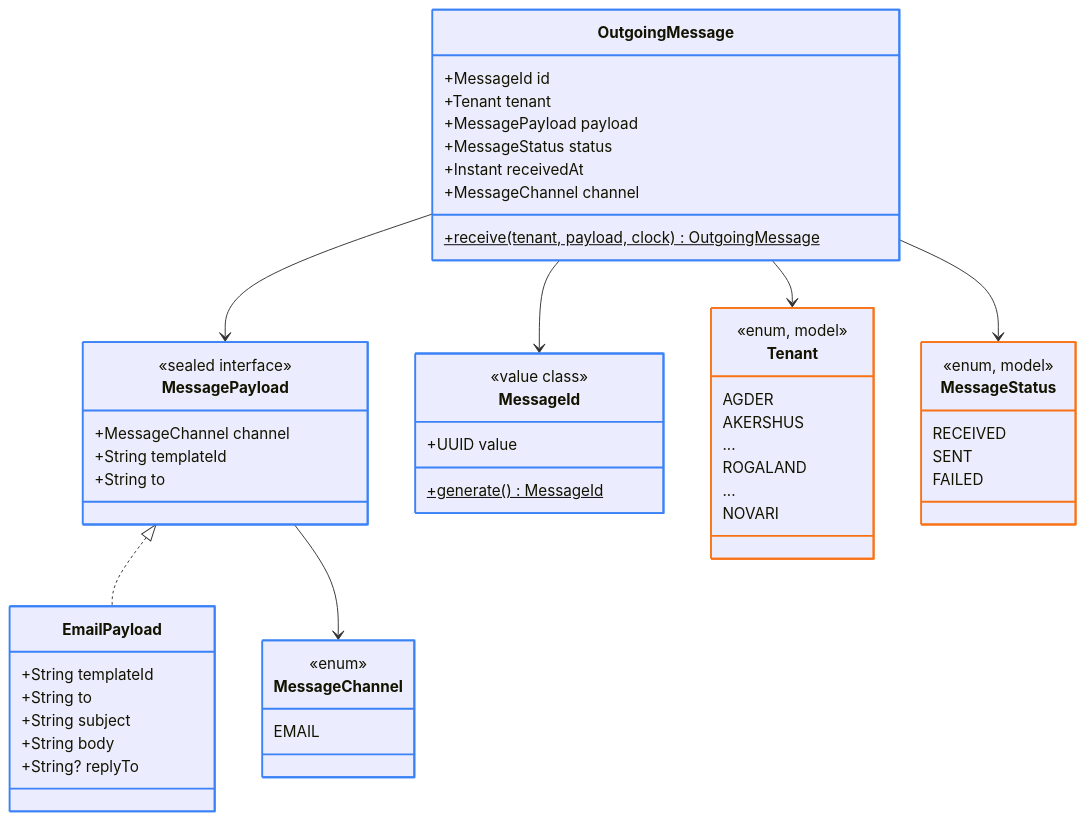
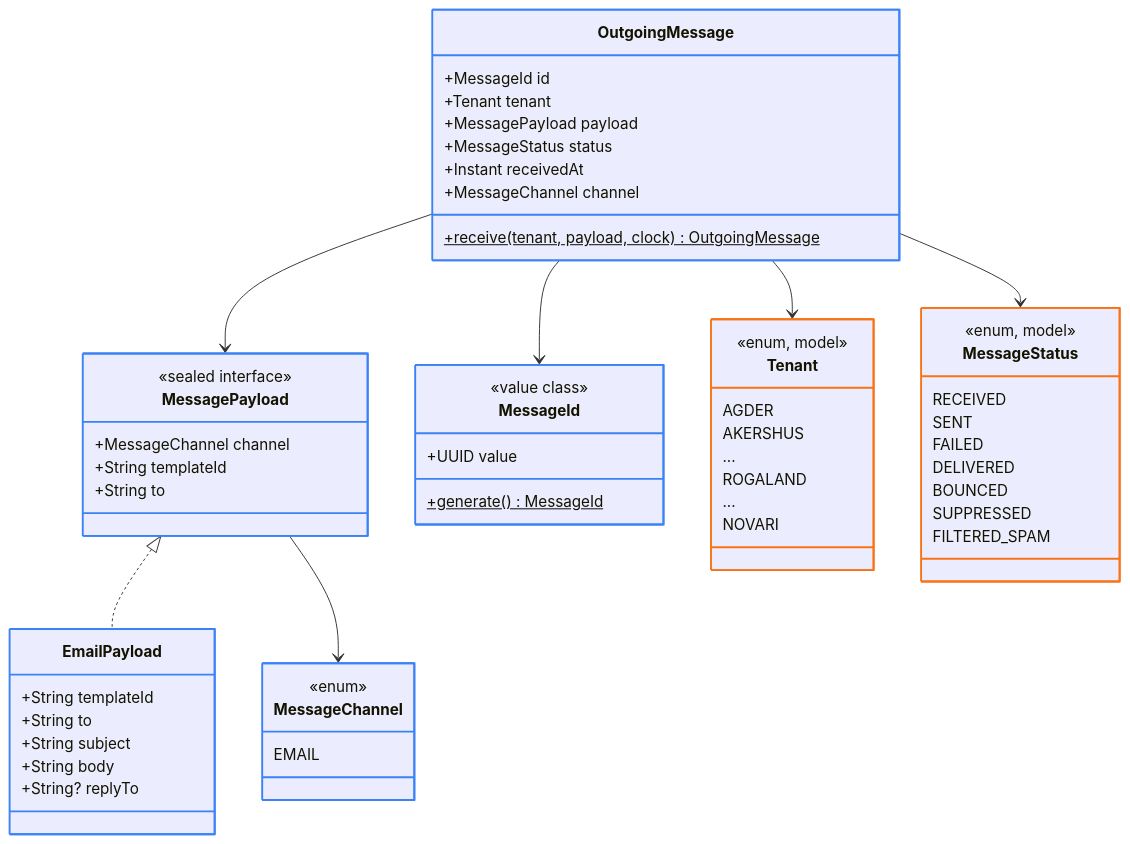
One commit to FINTLabs/fint-communication-service changed the fourth of 17 diagrams in docs/architecture.md. Above: the diagram before and after it, drawn with Mermaid. The commit also changed other lines of this file and 43 other files, not shown here.

````diff
--- a/docs/architecture.md
+++ b/docs/architecture.md
@@ -298,64 +341,68 @@
 ```mermaid
 classDiagram
     class OutgoingMessage {
         +MessageId id
         +Tenant tenant
         +MessagePayload payload
         +MessageStatus status
         +Instant receivedAt
         +MessageChannel channel
         +receive(tenant, payload, clock)$ OutgoingMessage
     }
     class MessagePayload {
         <<sealed interface>>
         +MessageChannel channel
         +String templateId
         +String to
     }
     class EmailPayload {
         +String templateId
         +String to
         +String subject
         +String body
         +String? replyTo
     }
     class MessageId {
         <<value class>>
         +UUID value
         +generate()$ MessageId
     }
     class Tenant {
         <<enum, model>>
         AGDER
         AKERSHUS
         ...
         ROGALAND
         ...
         NOVARI
     }
     class MessageStatus {
         <<enum, model>>
         RECEIVED
         SENT
         FAILED
+        DELIVERED
+        BOUNCED
+        SUPPRESSED
+        FILTERED_SPAM
     }
     class MessageChannel {
         <<enum>>
         EMAIL
     }
 
     OutgoingMessage --> MessageId
     OutgoingMessage --> Tenant
     OutgoingMessage --> MessagePayload
     OutgoingMessage --> MessageStatus
     MessagePayload <|.. EmailPayload
     MessagePayload --> MessageChannel
 
     style OutgoingMessage stroke:#3B82F6,stroke-width:2px
     style MessagePayload stroke:#3B82F6,stroke-width:2px
     style EmailPayload stroke:#3B82F6,stroke-width:2px
     style MessageId stroke:#3B82F6,stroke-width:2px
     style MessageChannel stroke:#3B82F6,stroke-width:2px
     style Tenant stroke:#F97316,stroke-width:2px
     style MessageStatus stroke:#F97316,stroke-width:2px
 ```
````
